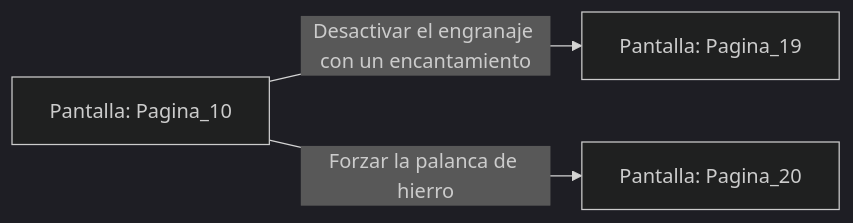
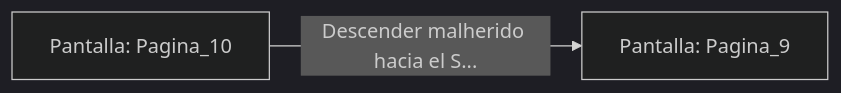
One commit to metsuke/mpl changed the diagram in sample/eligejuego-vault/Pantalla_Pagina_10.md. Above: the diagram before and after it, drawn with Mermaid (dark theme). The commit also changed other lines of this file and 635 other files, not shown here.

First line of the commit message:
fix: añadir Pagina_1 como pantalla inicial en capitulo_01.mpl

````diff
--- a/sample/eligejuego-vault/Pantalla_Pagina_10.md
+++ b/sample/eligejuego-vault/Pantalla_Pagina_10.md
@@ -17,6 +19,5 @@
 ```mermaid
 graph LR
     P_Pagina_10["Pantalla: Pagina_10"]
-    P_Pagina_10 -->|"Desactivar el engranaje con un encantamiento"| P_Pagina_19["Pantalla: Pagina_19"]
-    P_Pagina_10 -->|"Forzar la palanca de hierro"| P_Pagina_20["Pantalla: Pagina_20"]
+    P_Pagina_10 -->|"Descender malherido hacia el S..."| P_Pagina_9["Pantalla: Pagina_9"]
 ```
````
